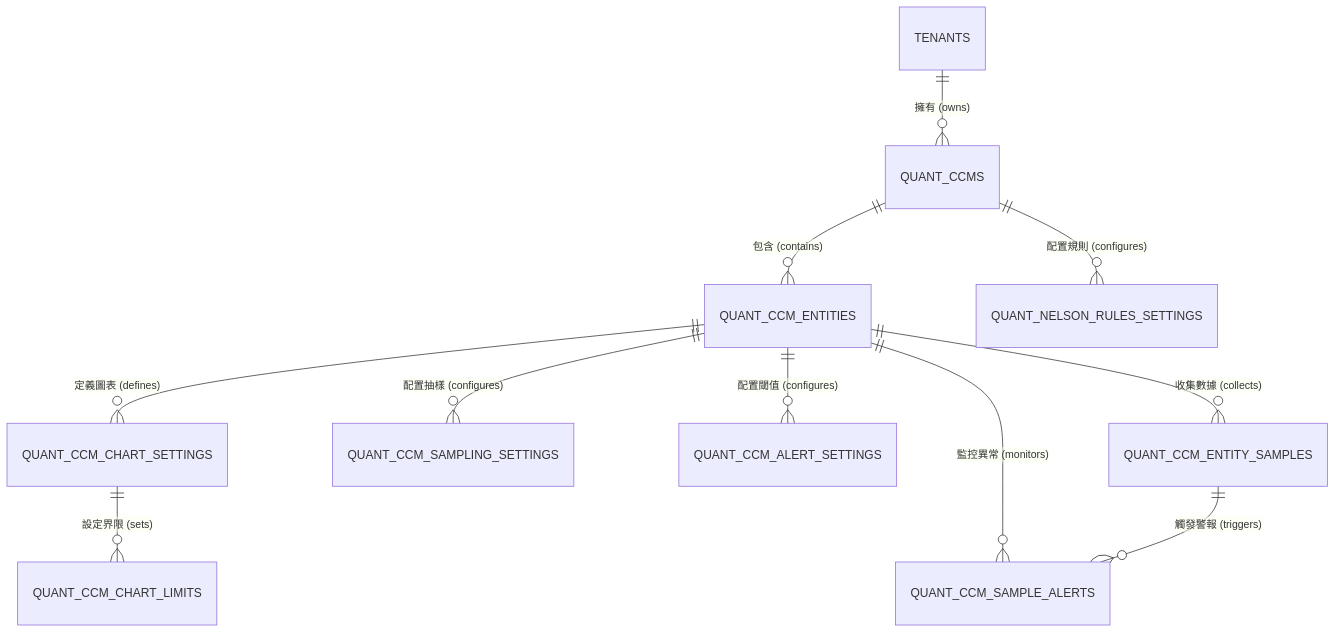
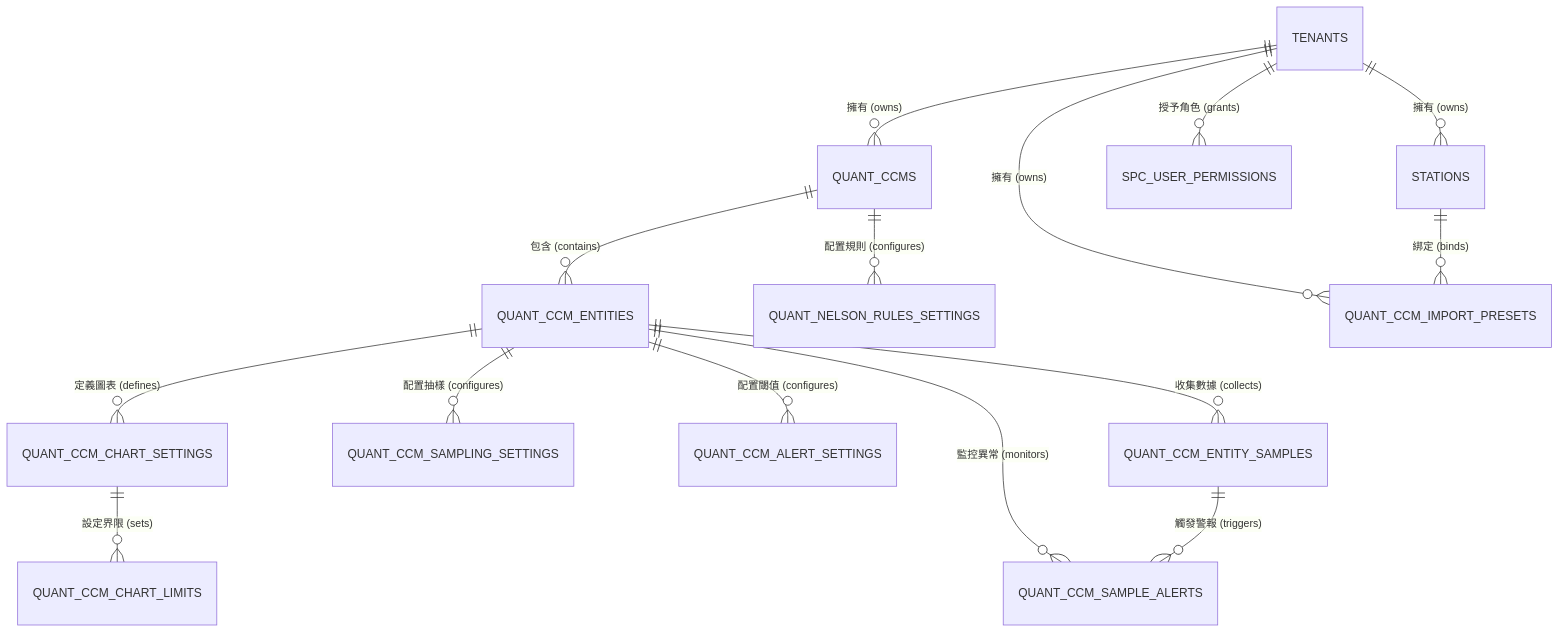
One commit to henry5720/work-docs changed the diagram in docs/spc/07_ERD_實體關係圖.md. Above: the diagram before and after it, drawn with Mermaid. The commit also changed other lines of this file and 7 other files, not shown here.

````diff
--- a/docs/spc/07_ERD_實體關係圖.md
+++ b/docs/spc/07_ERD_實體關係圖.md
@@ -22,15 +27,20 @@
 ```mermaid
 erDiagram
     TENANTS ||--o{ QUANT_CCMS : "擁有 (owns)"
     QUANT_CCMS ||--o{ QUANT_CCM_ENTITIES : "包含 (contains)"
     QUANT_CCMS ||--o{ QUANT_NELSON_RULES_SETTINGS : "配置規則 (configures)"
     
     QUANT_CCM_ENTITIES ||--o{ QUANT_CCM_CHART_SETTINGS : "定義圖表 (defines)"
     QUANT_CCM_ENTITIES ||--o{ QUANT_CCM_SAMPLING_SETTINGS : "配置抽樣 (configures)"
     QUANT_CCM_ENTITIES ||--o{ QUANT_CCM_ALERT_SETTINGS : "配置閾值 (configures)"
     QUANT_CCM_ENTITIES ||--o{ QUANT_CCM_ENTITY_SAMPLES : "收集數據 (collects)"
     QUANT_CCM_ENTITIES ||--o{ QUANT_CCM_SAMPLE_ALERTS : "監控異常 (monitors)"
     
     QUANT_CCM_CHART_SETTINGS ||--o{ QUANT_CCM_CHART_LIMITS : "設定界限 (sets)"
     QUANT_CCM_ENTITY_SAMPLES ||--o{ QUANT_CCM_SAMPLE_ALERTS : "觸發警報 (triggers)"
+
+    TENANTS ||--o{ STATIONS : "擁有 (owns)"
+    TENANTS ||--o{ QUANT_CCM_IMPORT_PRESETS : "擁有 (owns)"
+    TENANTS ||--o{ SPC_USER_PERMISSIONS : "授予角色 (grants)"
+    STATIONS ||--o{ QUANT_CCM_IMPORT_PRESETS : "綁定 (binds)"
 ```
````
